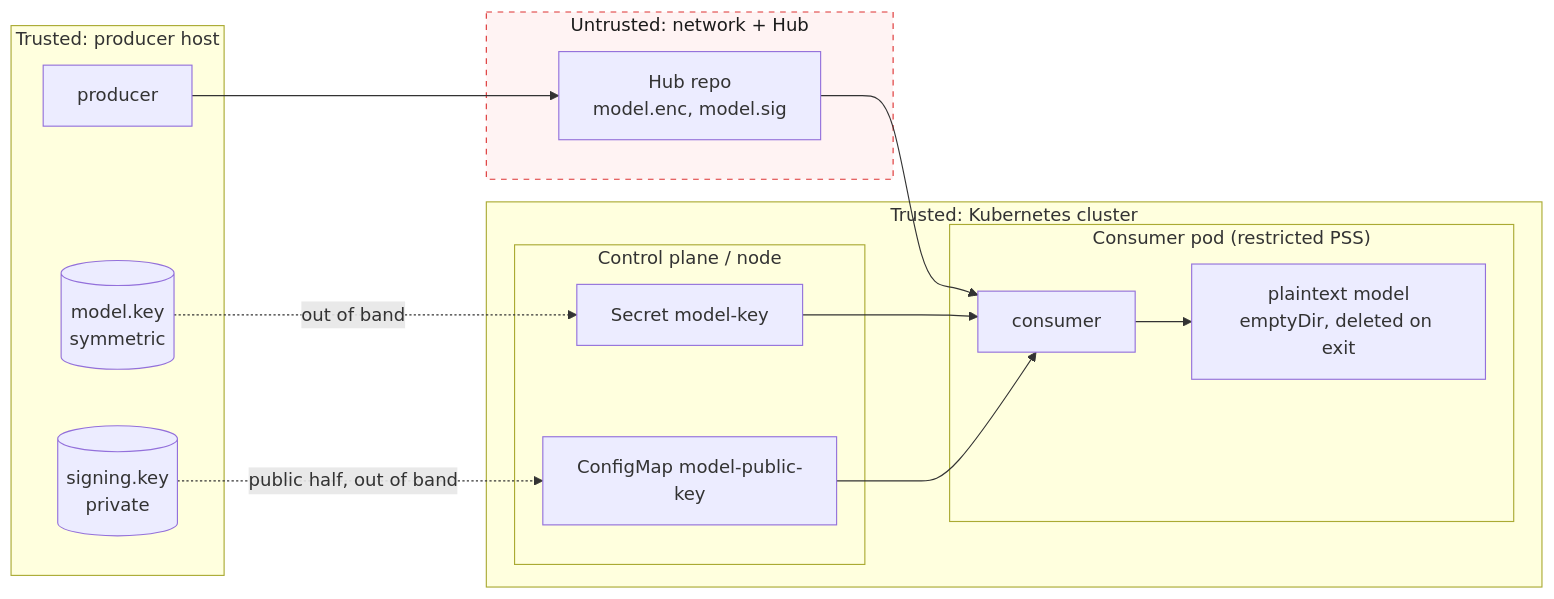
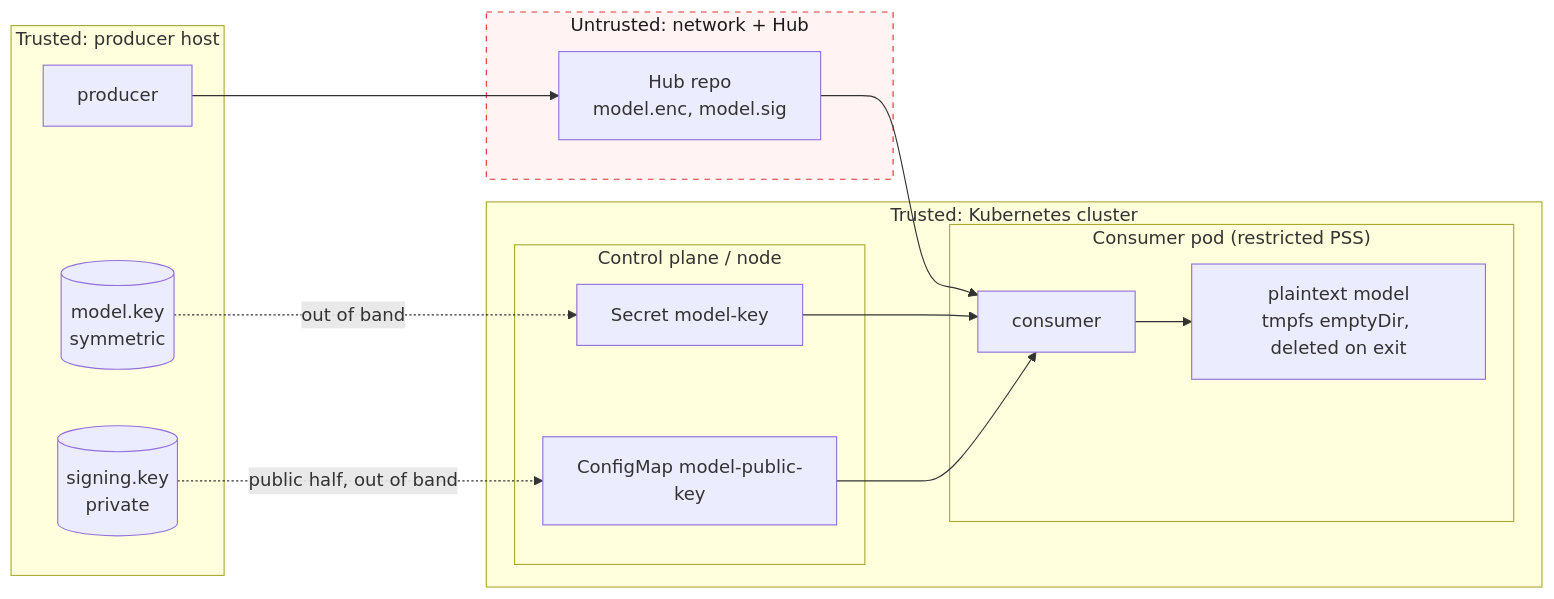
One commit to jesuscumpli/confidential-ml-model-delivery changed the sixth of 8 diagrams in docs/architecture.md. Above: the diagram before and after it, drawn with Mermaid. The commit also changed other lines of this file and 8 other files, not shown here.

````diff
--- a/docs/architecture.md
+++ b/docs/architecture.md
@@ -232,31 +232,31 @@
 ```mermaid
 flowchart LR
     subgraph T1["Trusted: producer host"]
         PK[("signing.key<br/>private")]
         MK[("model.key<br/>symmetric")]
         PROD["producer"]
     end
 
     subgraph T0["Untrusted: network + Hub"]
         HUB["Hub repo<br/>model.enc, model.sig"]
     end
 
     subgraph T2["Trusted: Kubernetes cluster"]
         subgraph CP["Control plane / node"]
             SEC["Secret model-key"]
             CMAP["ConfigMap model-public-key"]
         end
         subgraph POD["Consumer pod (restricted PSS)"]
             CONS["consumer"]
-            PT["plaintext model<br/>emptyDir, deleted on exit"]
+            PT["plaintext model<br/>tmpfs emptyDir, deleted on exit"]
         end
     end
 
     PROD --> HUB --> CONS
     MK -. out of band .-> SEC --> CONS
     PK -. public half, out of band .-> CMAP --> CONS
     CONS --> PT
 
     classDef untrusted fill:#fff3f3,stroke:#d33,color:#1b1b1b,stroke-dasharray: 5 5;
     class T0 untrusted;
 ```
````
